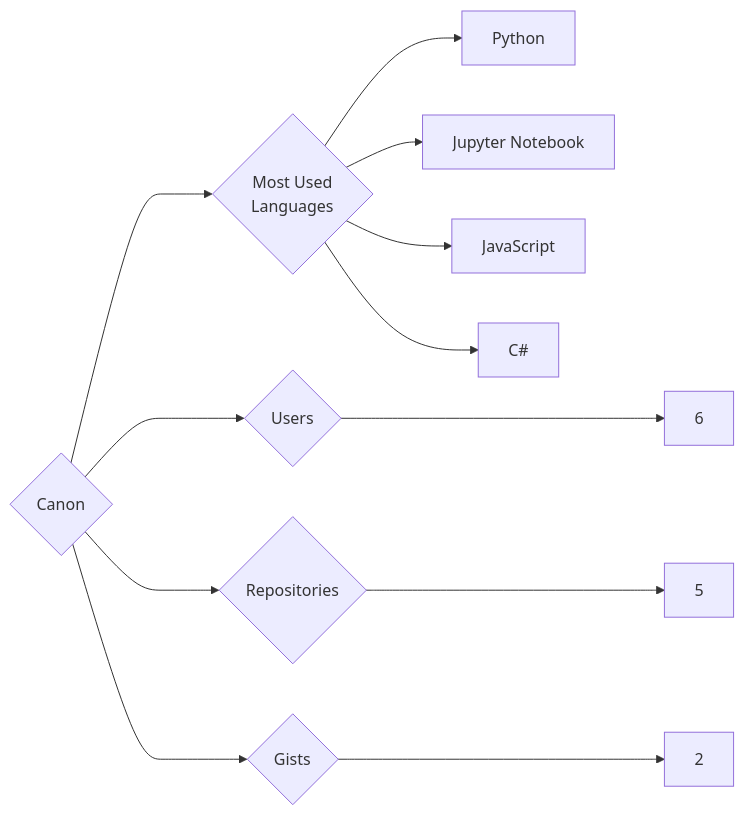
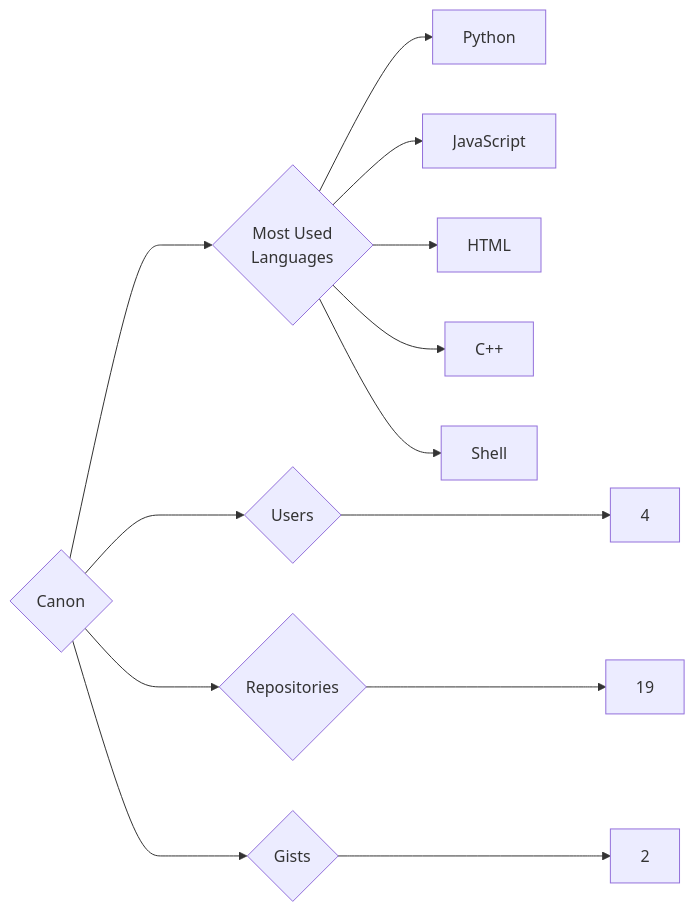
One commit to trickest/insiders changed the diagram in targets/Canon/README.md. Above: the diagram before and after it, drawn with Mermaid. The commit also changed 1195 other files, not shown here.

````diff
--- a/targets/Canon/README.md
+++ b/targets/Canon/README.md
@@ -3,12 +3,13 @@
 ```mermaid
 graph LR
 COMPANY_NAME{Canon}
-COMPANY_NAME ---> U{Users} ---> UN[6]
-COMPANY_NAME ---> R{Repositories} ---> RN[5]
+COMPANY_NAME ---> U{Users} ---> UN[4]
+COMPANY_NAME ---> R{Repositories} ---> RN[19]
 COMPANY_NAME ---> G{Gists} ---> GN[2]
 COMPANY_NAME ---> ML{Most Used<br>Languages}
 ML --> Python[Python]
-ML --> Jupyter_Notebook[Jupyter Notebook]
 ML --> JavaScript[JavaScript]
-ML --> C#[C#]
+ML --> HTML[HTML]
+ML --> C++[C++]
+ML --> Shell[Shell]
 ```
````
